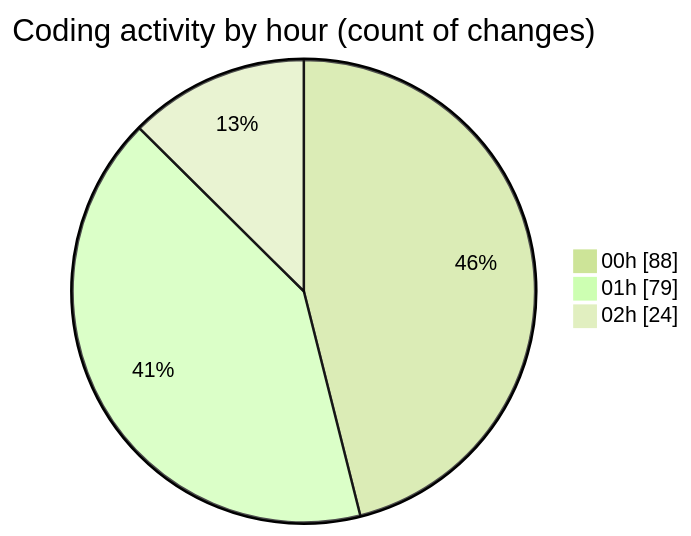
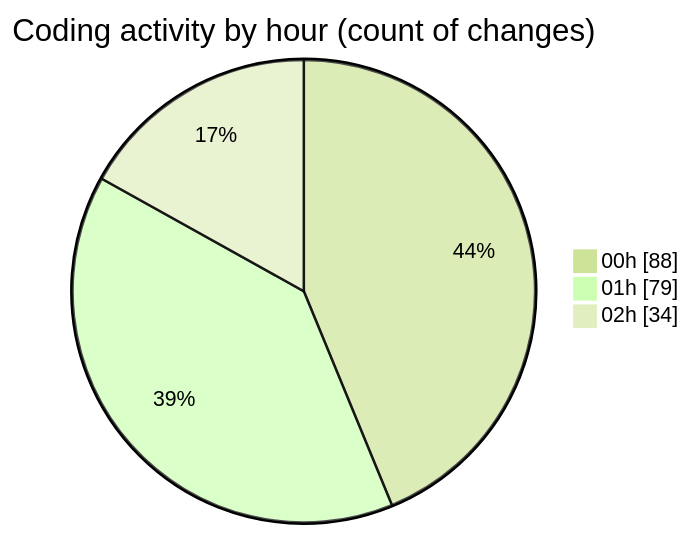
The second of 2 diagrams in 2025-08-16/rentotp/README.md (lephambinh05/code-tracking), drawn with Mermaid (forest theme) before and after one commit. The commit also changed other lines of this file and 1 other file, not shown here.

````diff
--- a/2025-08-16/rentotp/README.md
+++ b/2025-08-16/rentotp/README.md
@@ -52,7 +54,7 @@
 ```mermaid
 pie showData
 title Coding activity by hour (count of changes)
 "00h" : 88
 "01h" : 79
-"02h" : 24
+"02h" : 34
 ```
````
